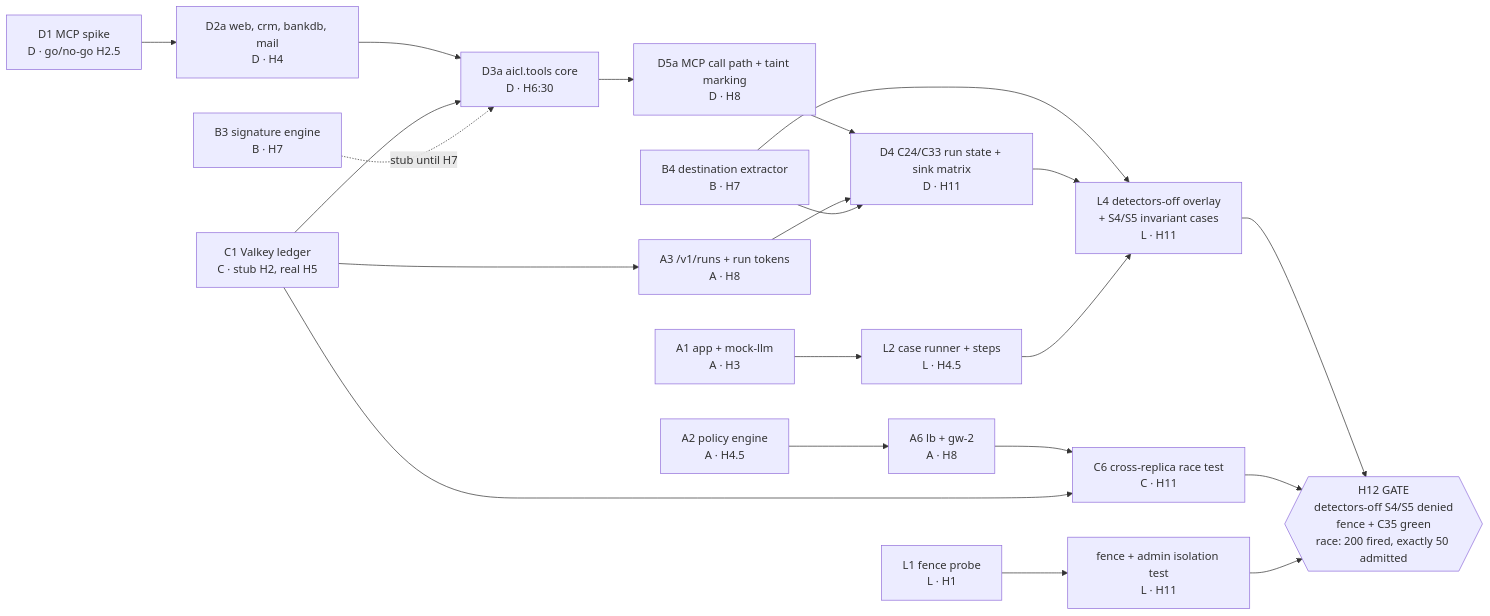
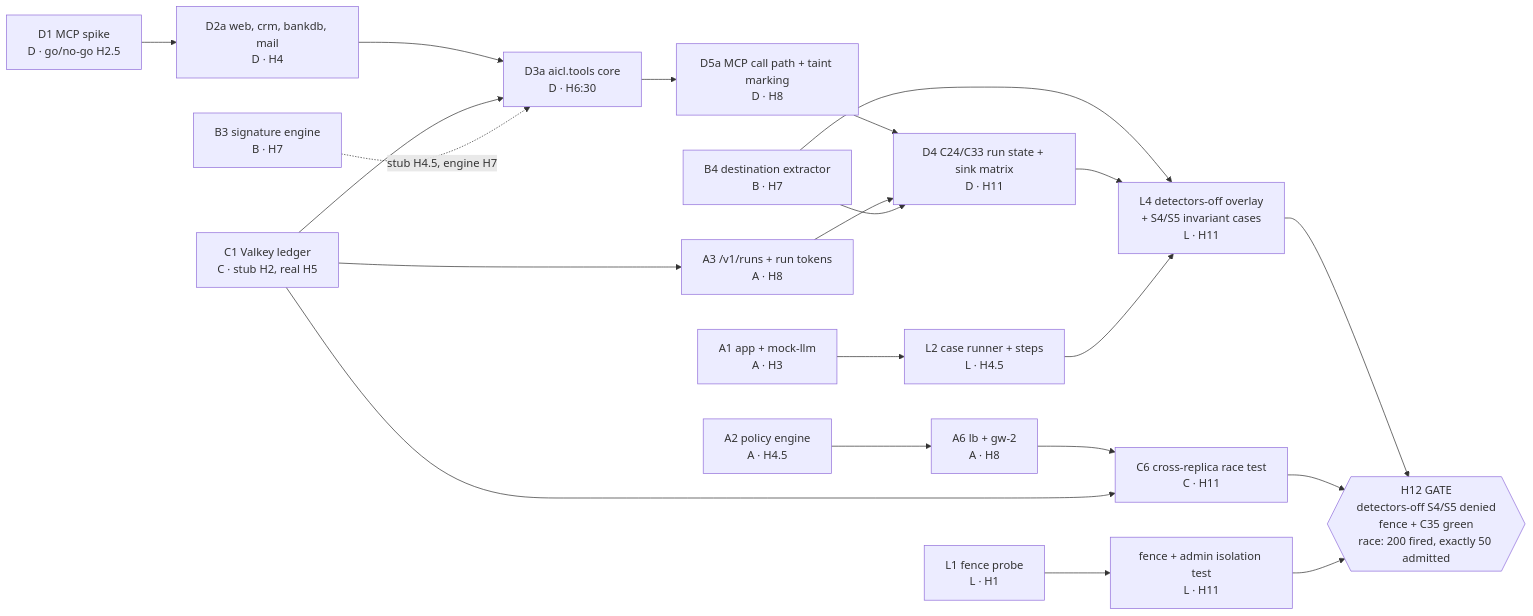
The diagram in docs/04-lane-cards.md (damianlech/HackYeah26), drawn with Mermaid before and after one commit. The commit also changed other lines of this file and 2 other files, not shown here.

First line of the commit message:
VISION-SPEC v1.1: re-baselined timeline (two deadline scenarios), rebalanced lanes, ownership gaps, ordering fixes, ReDoS correction, feed/case/audit contract additions; lane cards synced; feed tiers aligned

````diff
--- a/docs/04-lane-cards.md
+++ b/docs/04-lane-cards.md
@@ -38,39 +38,39 @@
 ```mermaid
 flowchart LR
   A1["A1 app + mock-llm<br/>A · H3"]
   L2["L2 case runner + steps<br/>L · H4.5"]
   A2["A2 policy engine<br/>A · H4.5"]
   C1["C1 Valkey ledger<br/>C · stub H2, real H5"]
   B3["B3 signature engine<br/>B · H7"]
   B4["B4 destination extractor<br/>B · H7"]
   A3["A3 /v1/runs + run tokens<br/>A · H8"]
   A6["A6 lb + gw-2<br/>A · H8"]
   D1["D1 MCP spike<br/>D · go/no-go H2.5"]
   D2a["D2a web, crm, bankdb, mail<br/>D · H4"]
   D3a["D3a aicl.tools core<br/>D · H6:30"]
   D5a["D5a MCP call path + taint marking<br/>D · H8"]
   D4["D4 C24/C33 run state + sink matrix<br/>D · H11"]
   L4["L4 detectors-off overlay<br/>+ S4/S5 invariant cases<br/>L · H11"]
   C6["C6 cross-replica race test<br/>C · H11"]
   L1["L1 fence probe<br/>L · H1"]
   LF["fence + admin isolation test<br/>L · H11"]
   GATE{{"H12 GATE<br/>detectors-off S4/S5 denied<br/>fence + C35 green<br/>race: 200 fired, exactly 50 admitted"}}
 
   A1 --> L2
   D1 --> D2a --> D3a --> D5a --> D4
   C1 --> D3a
-  B3 -.->|"stub until H7"| D3a
+  B3 -.->|"stub H4.5, engine H7"| D3a
   C1 --> A3
   A3 --> D4
   B4 --> D4
   B4 --> L4
   D4 --> L4
   L2 --> L4
   A2 --> A6
   A6 --> C6
   C1 --> C6
   L1 --> LF
   L4 --> GATE
   C6 --> GATE
   LF --> GATE
 ```
````
